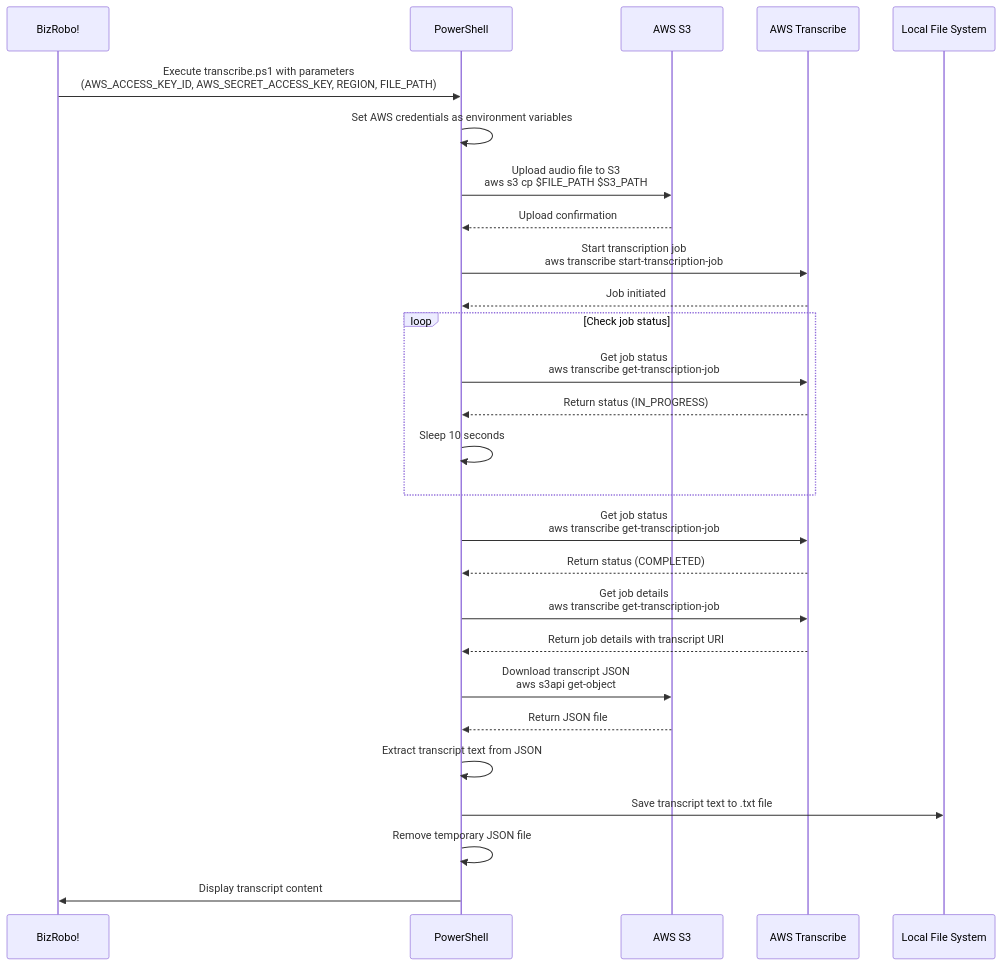
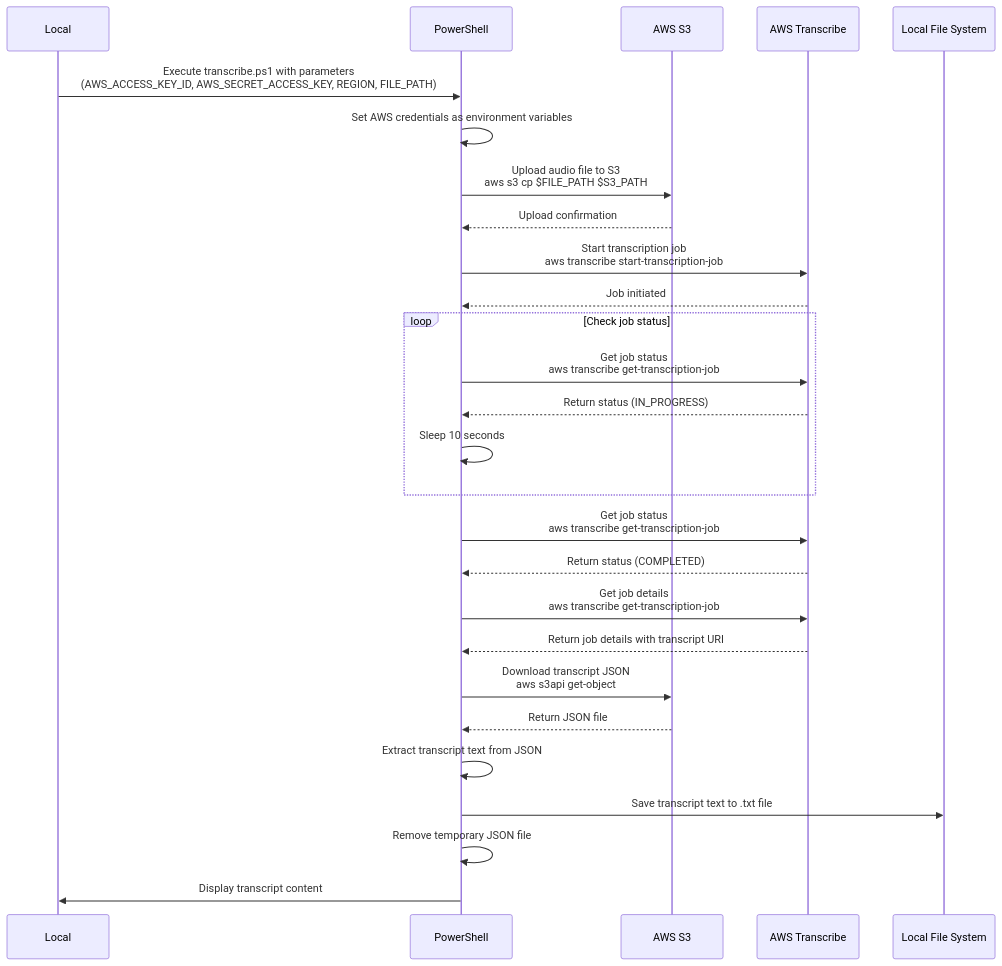
One commit to yosse95ai/automated-speech-recognition changed the diagram in README.md. Above: the diagram before and after it, drawn with Mermaid.

````diff
--- a/README.md
+++ b/README.md
@@ -177,38 +177,38 @@
 ```mermaid
 sequenceDiagram
-    participant BizRobo!
+    participant Local
     participant PowerShell
     participant S3 as AWS S3
     participant Transcribe as AWS Transcribe
     participant LocalFS as Local File System
 
-    BizRobo!->>PowerShell: Execute transcribe.ps1 with parameters<br>(AWS_ACCESS_KEY_ID, AWS_SECRET_ACCESS_KEY, REGION, FILE_PATH)
+    Local->>PowerShell: Execute transcribe.ps1 with parameters<br>(AWS_ACCESS_KEY_ID, AWS_SECRET_ACCESS_KEY, REGION, FILE_PATH)
     PowerShell->>PowerShell: Set AWS credentials as environment variables
     
     PowerShell->>S3: Upload audio file to S3<br>aws s3 cp $FILE_PATH $S3_PATH
     S3-->>PowerShell: Upload confirmation
     
     PowerShell->>Transcribe: Start transcription job<br>aws transcribe start-transcription-job
     Transcribe-->>PowerShell: Job initiated
     
     loop Check job status
         PowerShell->>Transcribe: Get job status<br>aws transcribe get-transcription-job
         Transcribe-->>PowerShell: Return status (IN_PROGRESS)
         PowerShell->>PowerShell: Sleep 10 seconds
     end
     
     PowerShell->>Transcribe: Get job status<br>aws transcribe get-transcription-job
     Transcribe-->>PowerShell: Return status (COMPLETED)
     
     PowerShell->>Transcribe: Get job details<br>aws transcribe get-transcription-job
     Transcribe-->>PowerShell: Return job details with transcript URI
     
     PowerShell->>S3: Download transcript JSON<br>aws s3api get-object
     S3-->>PowerShell: Return JSON file
     
     PowerShell->>PowerShell: Extract transcript text from JSON
     PowerShell->>LocalFS: Save transcript text to .txt file
     
     PowerShell->>PowerShell: Remove temporary JSON file
-    PowerShell->>BizRobo!: Display transcript content
+    PowerShell->>Local: Display transcript content
 ```
````
